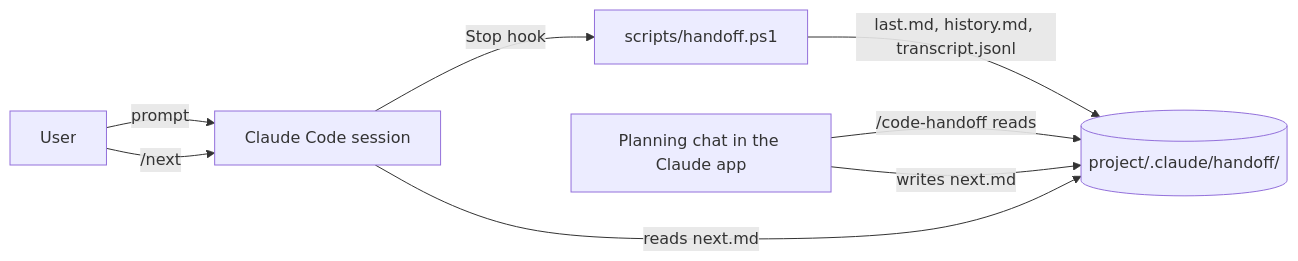
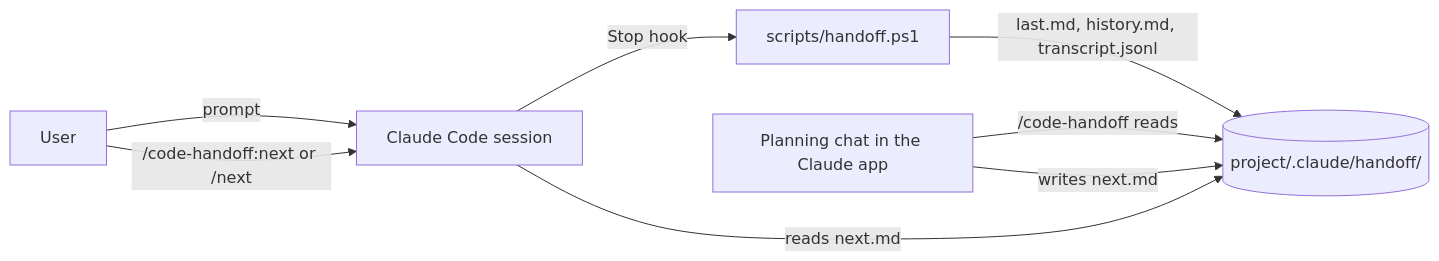
One commit to bawanallahbilyaminu/forge-kit changed the first of 2 diagrams in docs/architecture.md. Above: the diagram before and after it, drawn with Mermaid. The commit also changed other lines of this file and 10 other files, not shown here.

````diff
--- a/docs/architecture.md
+++ b/docs/architecture.md
@@ -5,10 +5,10 @@
 ```mermaid
 flowchart LR
   U[User] -->|prompt| CC[Claude Code session]
   CC -->|Stop hook| H[scripts/handoff.ps1]
   H -->|last.md, history.md, transcript.jsonl| F[(project/.claude/handoff/)]
   P[Planning chat in the Claude app] -->|/code-handoff reads| F
   P -->|writes next.md| F
-  U -->|/next| CC
+  U -->|/code-handoff:next or /next| CC
   CC -->|reads next.md| F
 ```
````
